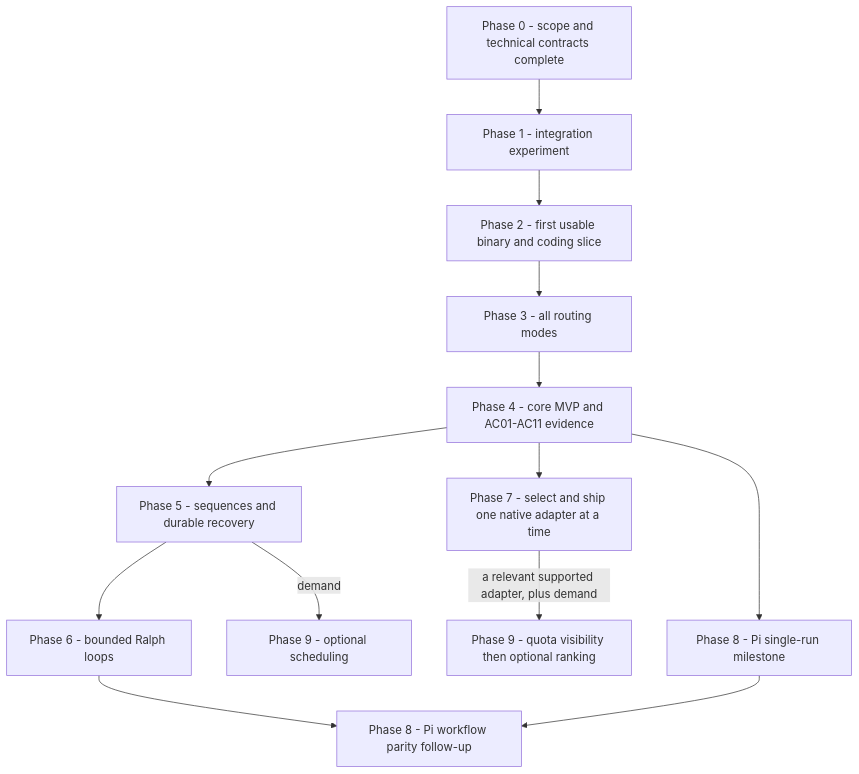
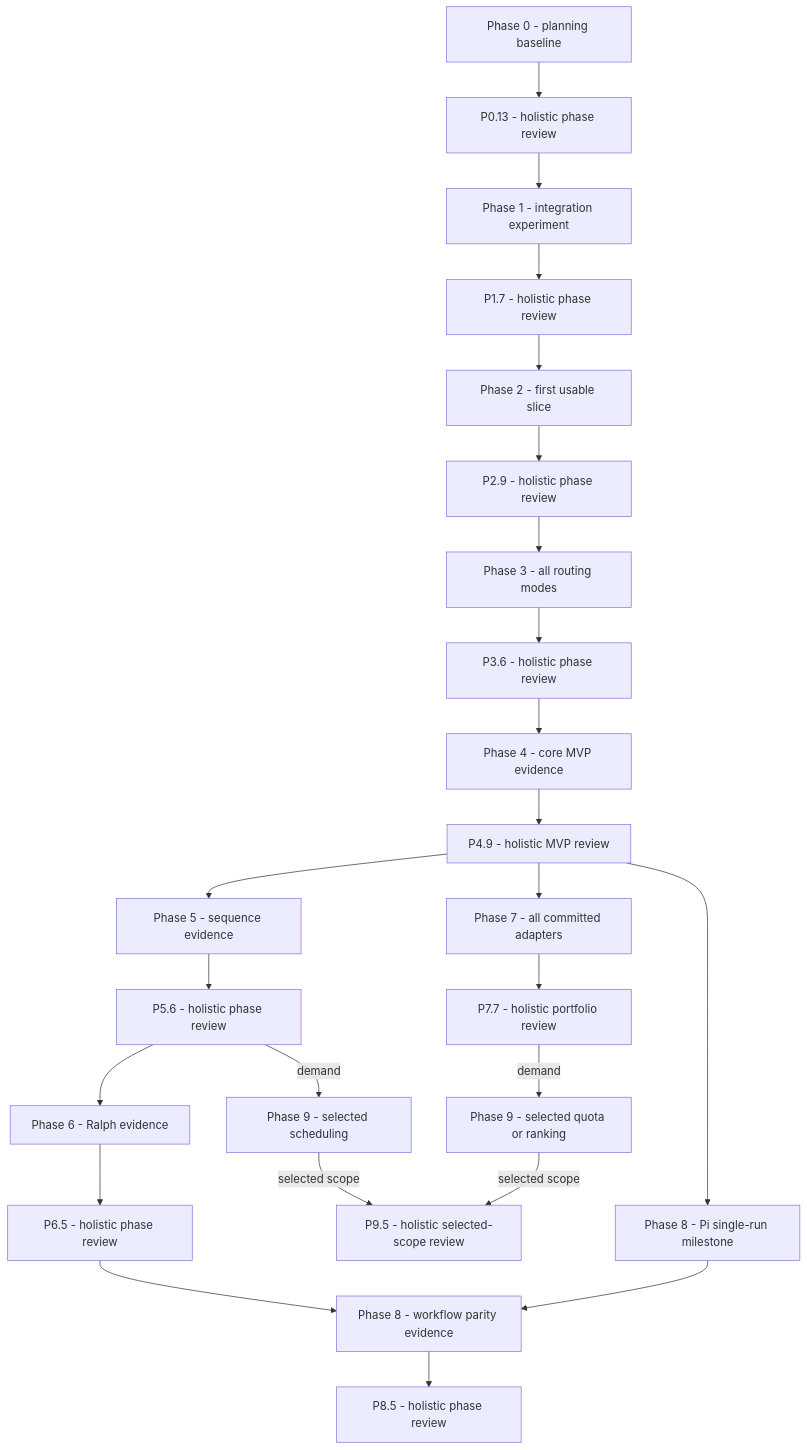
The diagram in docs/PROJECT_PLAN.md (awesomejt/agent-harness), drawn with Mermaid before and after one commit. The commit also changed other lines of this file and 23 other files, not shown here.

Commit message:
docs: gate every phase on holistic review and remediation

````diff
--- a/docs/PROJECT_PLAN.md
+++ b/docs/PROJECT_PLAN.md
@@ -7,15 +7,26 @@
 ```mermaid
 flowchart TD
-    Scope[Phase 0 - scope and technical contracts complete] --> P1[Phase 1 - integration experiment]
-    P1 --> Slice[Phase 2 - first usable binary and coding slice]
-    Slice --> Route[Phase 3 - all routing modes]
-    Route --> MVP[Phase 4 - core MVP and AC01-AC11 evidence]
-    MVP --> Sequence[Phase 5 - sequences and durable recovery]
-    Sequence --> Ralph[Phase 6 - bounded Ralph loops]
-    MVP --> Native[Phase 7 - select and ship one native adapter at a time]
-    MVP --> Pi[Phase 8 - Pi single-run milestone]
-    Pi --> PiParity[Phase 8 - Pi workflow parity follow-up]
-    Ralph --> PiParity
-    Native -->|a relevant supported adapter, plus demand| Quota[Phase 9 - quota visibility then optional ranking]
-    Sequence -->|demand| Schedule[Phase 9 - optional scheduling]
+    Scope[Phase 0 - planning baseline] --> R0[P0.13 - holistic phase review]
+    R0 --> P1[Phase 1 - integration experiment]
+    P1 --> R1[P1.7 - holistic phase review]
+    R1 --> Slice[Phase 2 - first usable slice]
+    Slice --> R2[P2.9 - holistic phase review]
+    R2 --> Route[Phase 3 - all routing modes]
+    Route --> R3[P3.6 - holistic phase review]
+    R3 --> MVP[Phase 4 - core MVP evidence]
+    MVP --> R4[P4.9 - holistic MVP review]
+    R4 --> Sequence[Phase 5 - sequence evidence]
+    Sequence --> R5[P5.6 - holistic phase review]
+    R5 --> Ralph[Phase 6 - Ralph evidence]
+    Ralph --> R6[P6.5 - holistic phase review]
+    R4 --> Native[Phase 7 - all committed adapters]
+    Native --> R7[P7.7 - holistic portfolio review]
+    R4 --> Pi[Phase 8 - Pi single-run milestone]
+    Pi --> PiParity[Phase 8 - workflow parity evidence]
+    R6 --> PiParity
+    PiParity --> R8[P8.5 - holistic phase review]
+    R7 -->|demand| Quota[Phase 9 - selected quota or ranking]
+    R5 -->|demand| Schedule[Phase 9 - selected scheduling]
+    Quota -->|selected scope| R9[P9.5 - holistic selected-scope review]
+    Schedule -->|selected scope| R9
 ```
````
